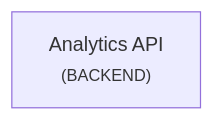
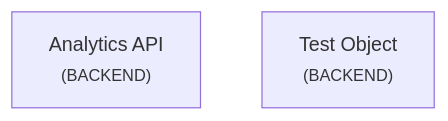
The diagram in docs/architecture/system-map.md (SCD-24/test-multi-repo-2), drawn with Mermaid before and after one commit. The commit also changed other lines of this file and 5 other files, not shown here.

````diff
--- a/docs/architecture/system-map.md
+++ b/docs/architecture/system-map.md
@@ -6,4 +6,5 @@
 ```mermaid
 graph TD
     analytics-api["Analytics API <br/> <small>(BACKEND)</small>"]
+    test-object["Test Object <br/> <small>(BACKEND)</small>"]
 ```
````
